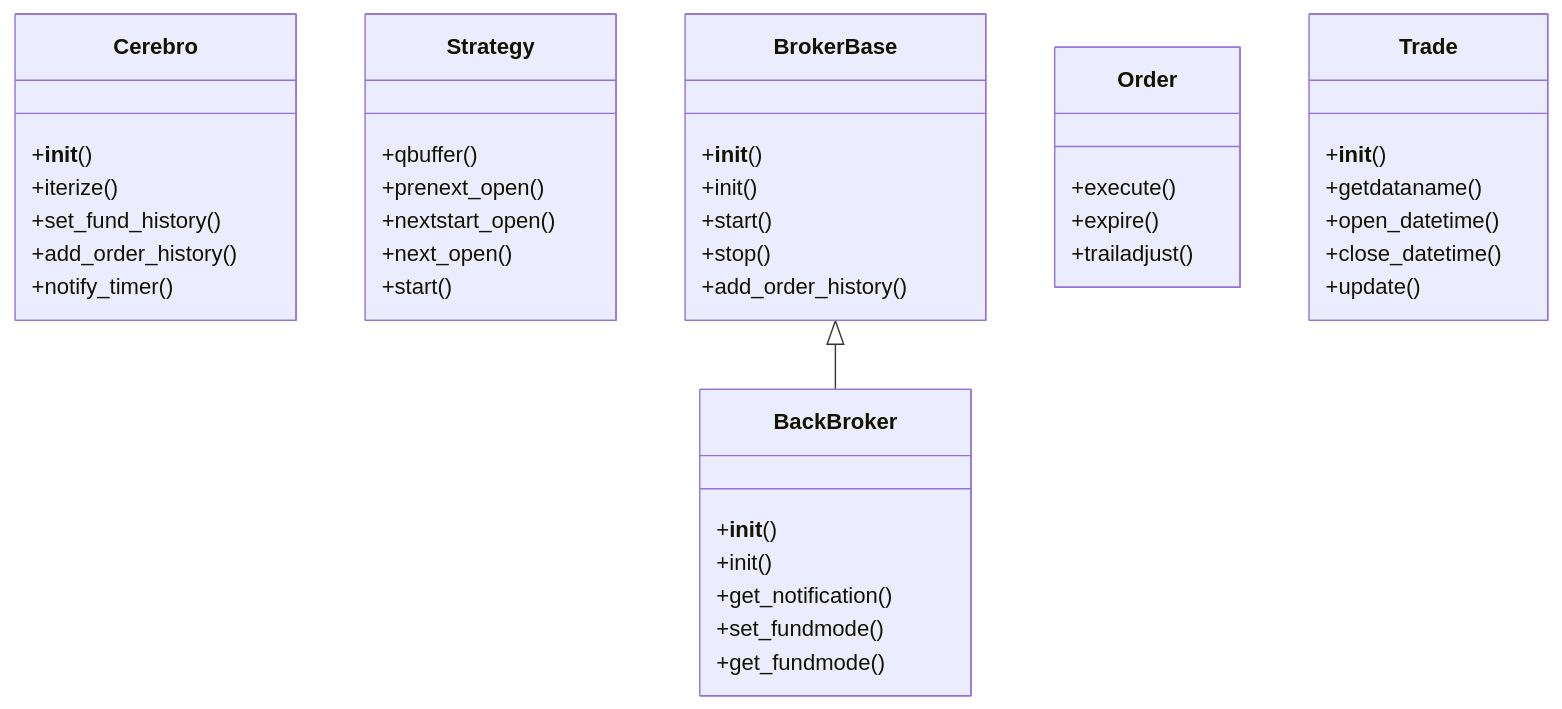
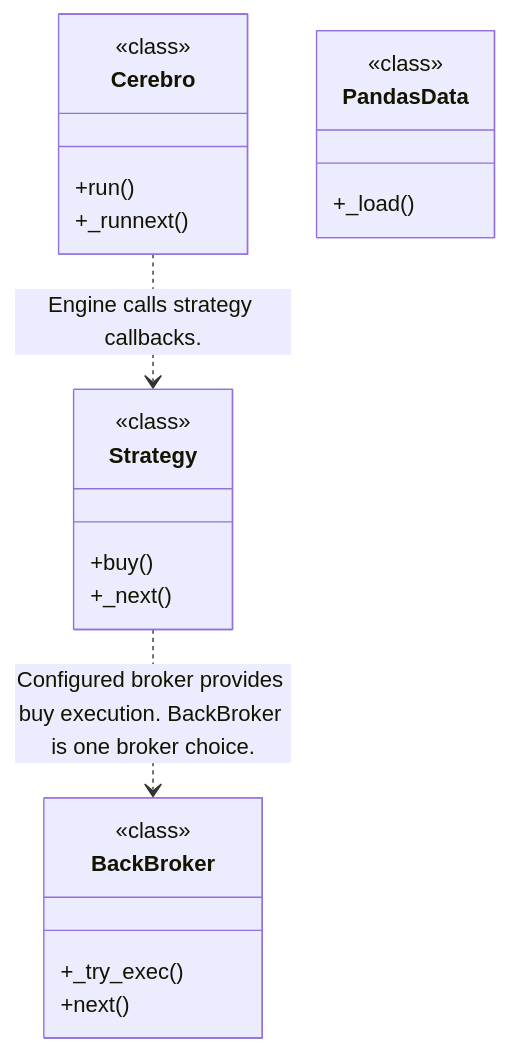
The second of 4 diagrams in docs/ayu-develop.md (alexcwyu/backtrader), drawn with Mermaid before and after one commit. The commit also changed other lines of this file and 13 other files, not shown here.

Commit message:
docs: standardize source-reviewed system guides and offline diagrams

````diff
--- a/docs/ayu-develop.md
+++ b/docs/ayu-develop.md
@@ -83,44 +89,24 @@
 ```mermaid
 classDiagram
-    class Cerebro {
-        +__init__()
-        +iterize()
-        +set_fund_history()
-        +add_order_history()
-        +notify_timer()
-    }
-    class Strategy {
-        +qbuffer()
-        +prenext_open()
-        +nextstart_open()
-        +next_open()
-        +start()
-    }
-    class BrokerBase {
-        +__init__()
-        +init()
-        +start()
-        +stop()
-        +add_order_history()
-    }
-    class BackBroker {
-        +__init__()
-        +init()
-        +get_notification()
-        +set_fundmode()
-        +get_fundmode()
-    }
-    BrokerBase <|-- BackBroker
-    class Order {
-        +execute()
-        +expire()
-        +trailadjust()
-    }
-    class Trade {
-        +__init__()
-        +getdataname()
-        +open_datetime()
-        +close_datetime()
-        +update()
-    }
+  class N0["Cerebro"] {
+    <<class>>
+    +run()
+    +_runnext()
+  }
+  class N1["Strategy"] {
+    <<class>>
+    +buy()
+    +_next()
+  }
+  class N2["BackBroker"] {
+    <<class>>
+    +_try_exec()
+    +next()
+  }
+  class N3["PandasData"] {
+    <<class>>
+    +_load()
+  }
+  N0 ..> N1 : Engine calls strategy callbacks.
+  N1 ..> N2 : Configured broker provides buy execution. BackBroker is one broker choice.
 ```
````
